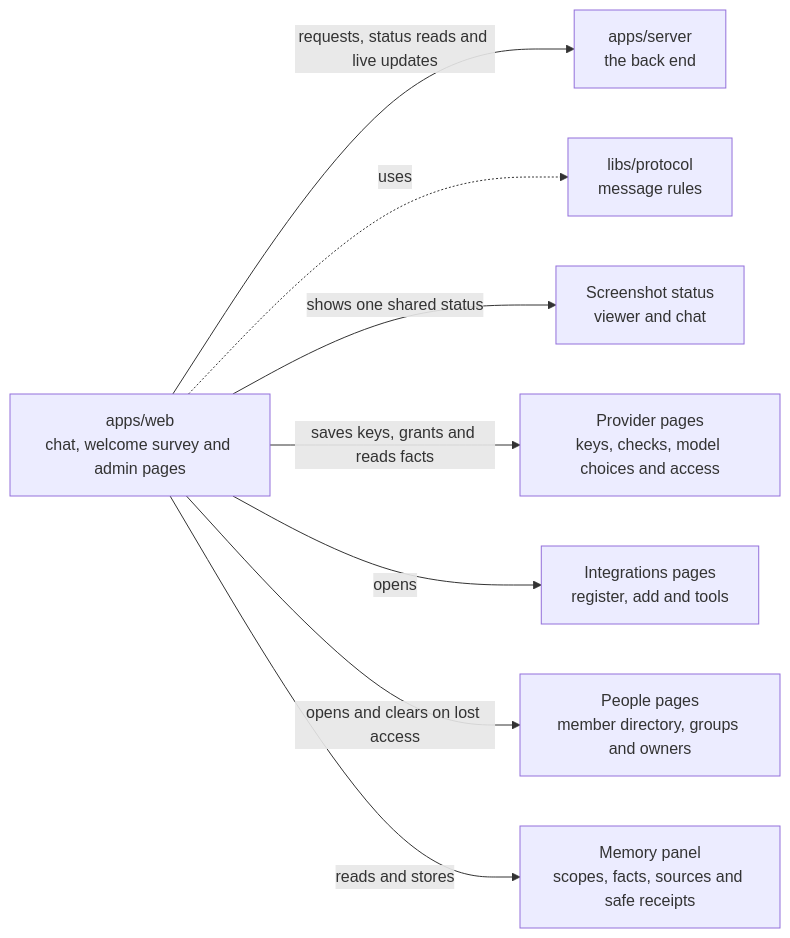
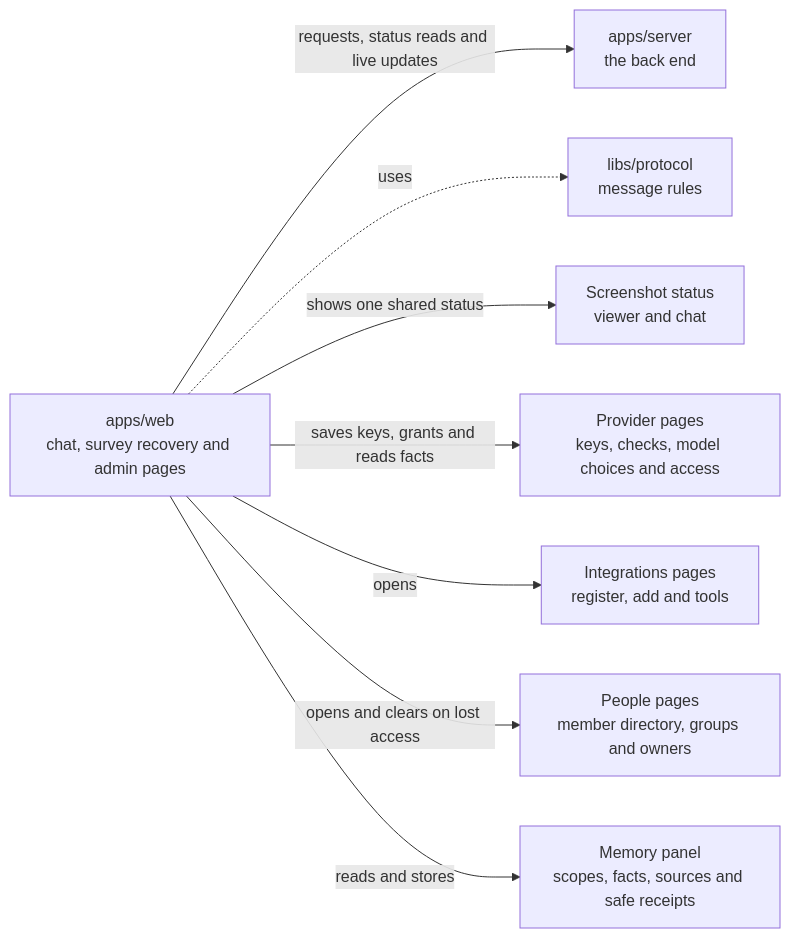
The diagram in apps/web/README.md (elewa-git/opencrane-new), drawn with Mermaid before and after one commit. The commit also changed other lines of this file and 11 other files, not shown here.

````diff
--- a/apps/web/README.md
+++ b/apps/web/README.md
@@ -11,10 +11,10 @@
 ```mermaid
 flowchart LR
-  web["apps/web<br/>chat, welcome survey and admin pages"] -->|requests, status reads and live updates| server["apps/server<br/>the back end"]
+  web["apps/web<br/>chat, survey recovery and admin pages"] -->|requests, status reads and live updates| server["apps/server<br/>the back end"]
   web -.->|uses| protocol["libs/protocol<br/>message rules"]
   web -->|shows one shared status| capture["Screenshot status<br/>viewer and chat"]
   web -->|saves keys, grants and reads facts| providers["Provider pages<br/>keys, checks, model choices and access"]
   web -->|opens| integrations["Integrations pages<br/>register, add and tools"]
   web -->|opens and clears on lost access| people["People pages<br/>member directory, groups and owners"]
   web -->|reads and stores| memory["Memory panel<br/>scopes, facts, sources and safe receipts"]
 ```
````
